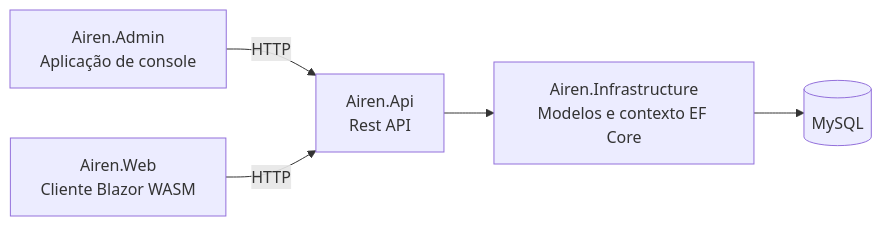
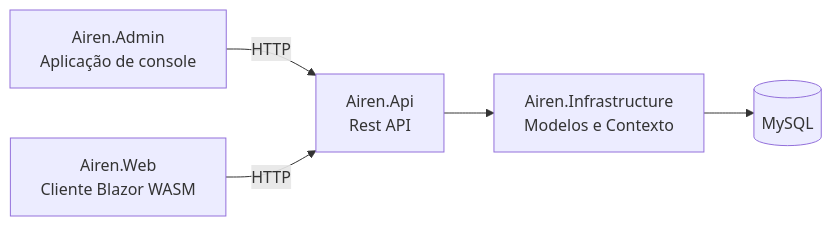
Before and after one commit to diegotassodev/airen-core: the diagram in README.md, drawn with Mermaid. The commit also changed other lines of this file, not shown here.

````diff
--- a/README.md
+++ b/README.md
@@ -9,7 +9,7 @@
 ```mermaid
 flowchart LR
 		Admin[Airen.Admin\nAplicação de console] -->|HTTP| API[Airen.Api\nRest API]
 		Web[Airen.Web\nCliente Blazor WASM] -->|HTTP| API
-		API --> Infra[Airen.Infrastructure\nModelos e contexto EF Core]
+		API --> Infra[Airen.Infrastructure\nModelos e Contexto]
 		Infra --> DB[(MySQL)]
 ```
````
